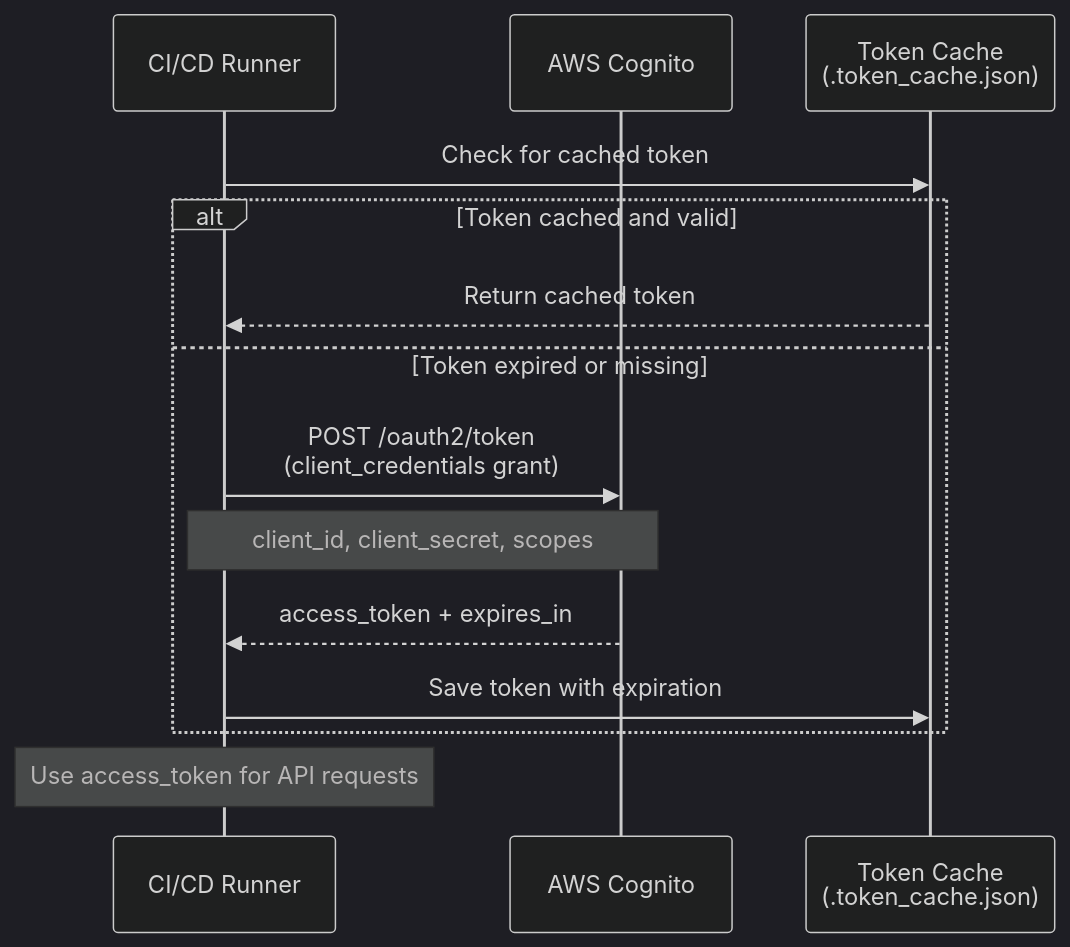
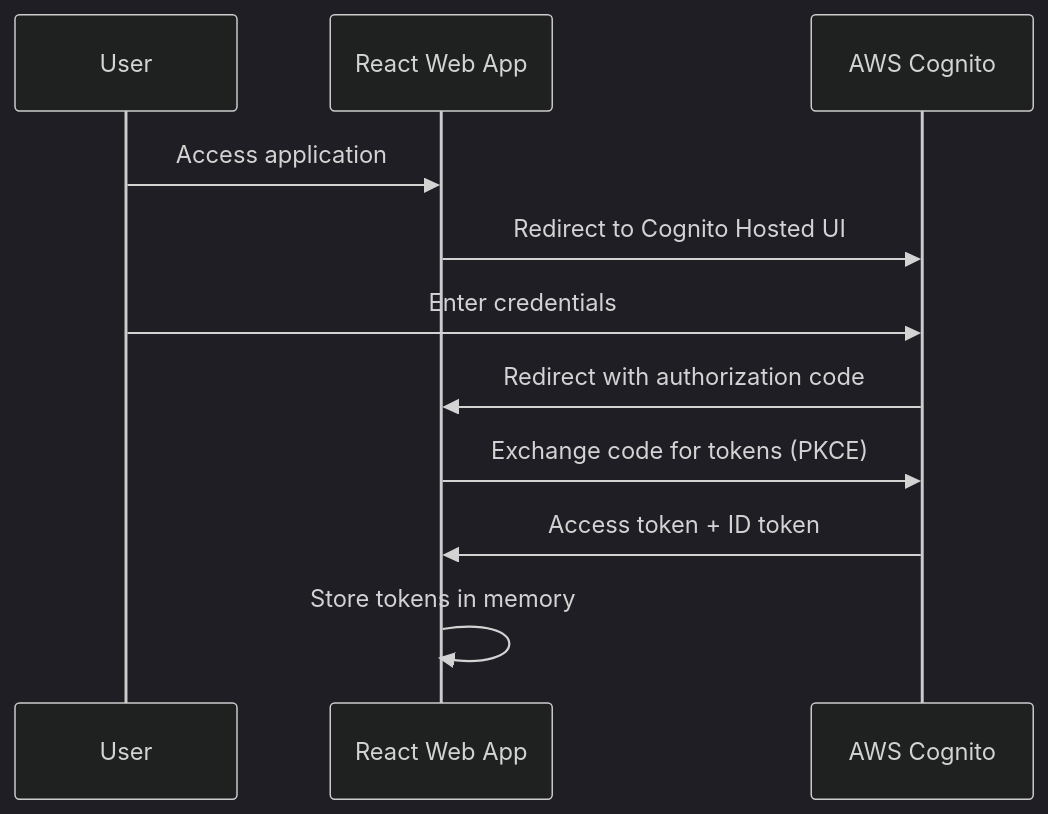
One commit to aws-samples/sample-qa-studio changed the second of 5 diagrams in docs/architecture.md. Above: the diagram before and after it, drawn with Mermaid (dark theme). The commit also changed other lines of this file and 12 other files, not shown here.

````diff
--- a/docs/architecture.md
+++ b/docs/architecture.md
@@ -93,19 +105,14 @@
 ```mermaid
 sequenceDiagram
-    participant Runner as CI/CD Runner
+    participant User
+    participant WebUI as React Web App
     participant Cognito as AWS Cognito
-    participant Cache as Token Cache<br/>(.token_cache.json)
     
-    Runner->>Cache: Check for cached token
-    
-    alt Token cached and valid
-        Cache-->>Runner: Return cached token
-    else Token expired or missing
-        Runner->>Cognito: POST /oauth2/token<br/>(client_credentials grant)
-        Note over Runner,Cognito: client_id, client_secret, scopes
-        Cognito-->>Runner: access_token + expires_in
-        Runner->>Cache: Save token with expiration
-    end
-    
-    Note over Runner: Use access_token for API requests
+    User->>WebUI: Access application
+    WebUI->>Cognito: Redirect to Cognito Hosted UI
+    User->>Cognito: Enter credentials
+    Cognito->>WebUI: Redirect with authorization code
+    WebUI->>Cognito: Exchange code for tokens (PKCE)
+    Cognito->>WebUI: Access token + ID token
+    WebUI->>WebUI: Store tokens in memory
 ```
````
